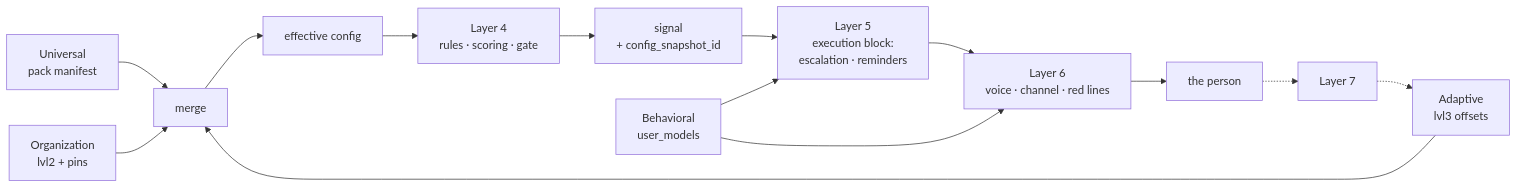
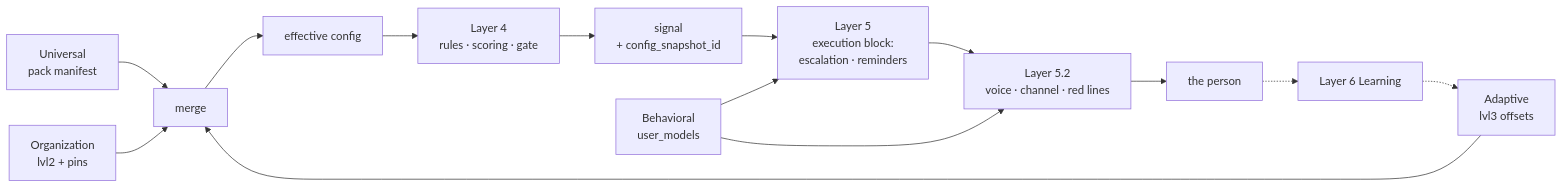
One commit to themoronss/genios-brain changed the fourth of 4 diagrams in System Design/Layer-3-Domain-Expertise/00-Overview.md. Above: the diagram before and after it, drawn with Mermaid. The commit also changed other lines of this file and 316 other files, not shown here.

````diff
--- a/System Design/Layer-3-Domain-Expertise/00-Overview.md
+++ b/System Design/Layer-3-Domain-Expertise/00-Overview.md
@@ -169,15 +169,15 @@
 ```mermaid
 flowchart LR
     U["Universal<br/>pack manifest"] --> M["merge"]
     O["Organization<br/>lvl2 + pins"] --> M
     AD["Adaptive<br/>lvl3 offsets"] --> M
     M --> EFF["effective config"]
     EFF --> L4["Layer 4<br/>rules · scoring · gate"]
     L4 --> SIG["signal<br/>+ config_snapshot_id"]
     SIG --> L5["Layer 5<br/>execution block:<br/>escalation · reminders"]
     B["Behavioral<br/>user_models"] --> L5
-    B --> L6["Layer 6<br/>voice · channel · red lines"]
-    L5 --> L6
-    L6 --> OUT["the person"]
-    OUT -.-> L7["Layer 7"] -.-> AD
+    B --> D52["Layer 5.2<br/>voice · channel · red lines"]
+    L5 --> D52
+    D52 --> OUT["the person"]
+    OUT -.-> LEARN6["Layer 6 Learning"] -.-> AD
 ```
````
